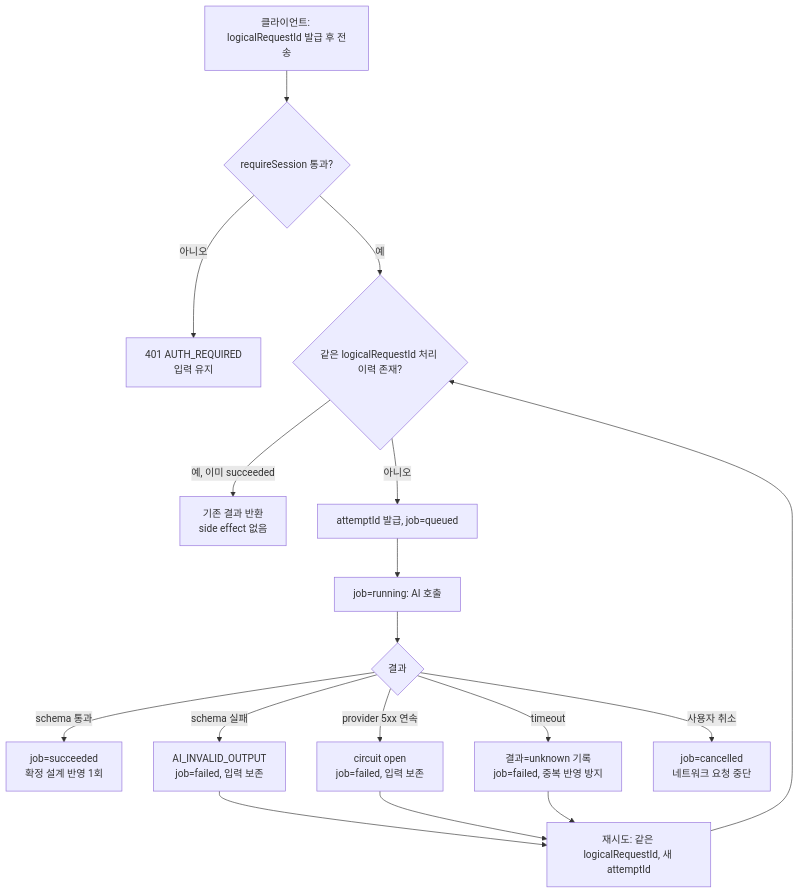
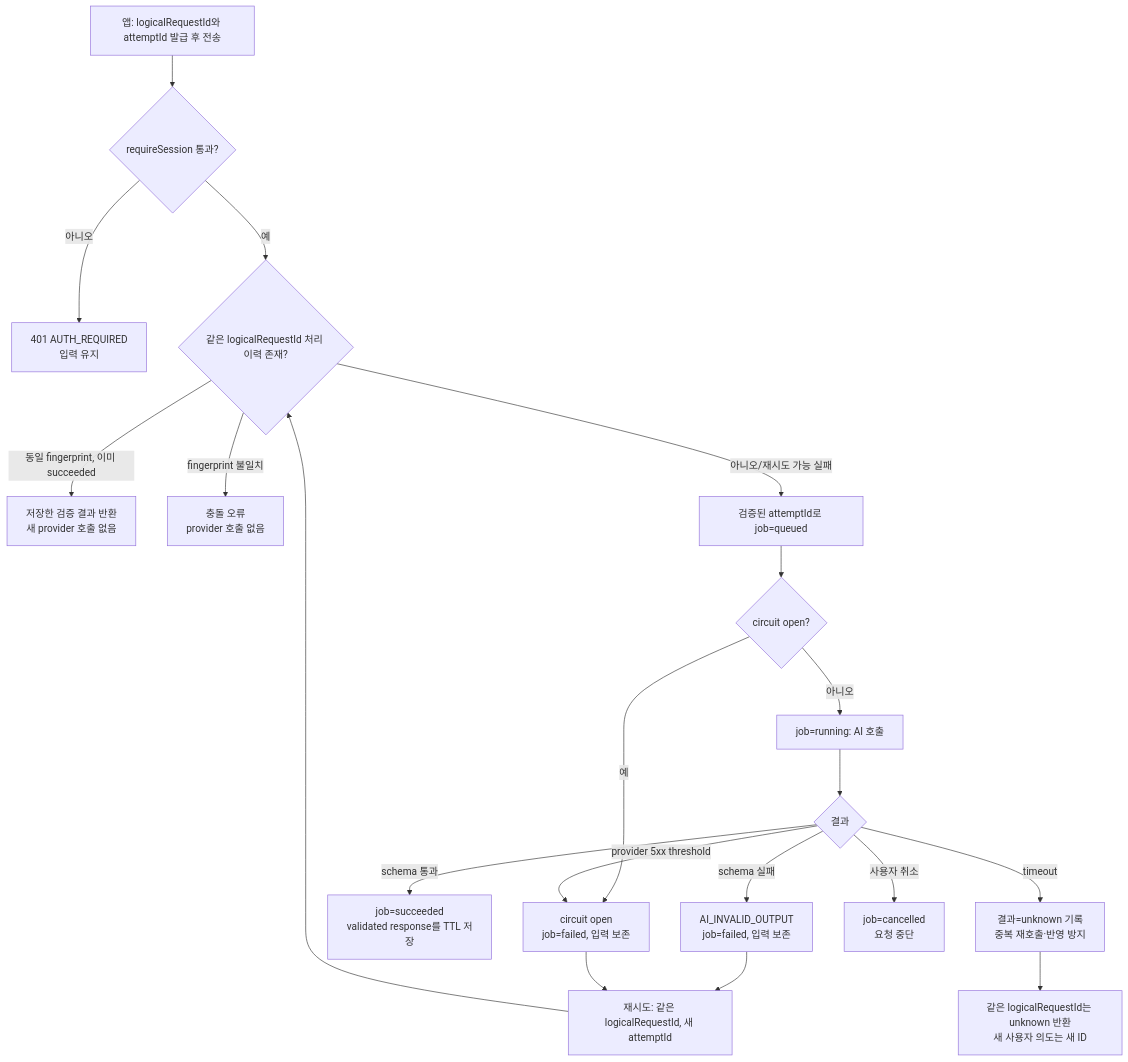
One commit to donghyunlee-dev/ai-agent-blueprint changed the diagram in docs/tasks/CON-PR-01/plan.md. Above: the diagram before and after it, drawn with Mermaid. The commit also changed other lines of this file and 17 other files, not shown here.

````diff
--- a/docs/tasks/CON-PR-01/plan.md
+++ b/docs/tasks/CON-PR-01/plan.md
@@ -68,19 +74,22 @@
 ```mermaid
 flowchart TD
-    A[클라이언트: logicalRequestId 발급 후 전송] --> B{requireSession 통과?}
+    A[앱: logicalRequestId와 attemptId 발급 후 전송] --> B{requireSession 통과?}
     B -- 아니오 --> Z1[401 AUTH_REQUIRED<br/>입력 유지]
     B -- 예 --> C{같은 logicalRequestId 처리 이력 존재?}
-    C -- 예, 이미 succeeded --> D[기존 결과 반환<br/>side effect 없음]
-    C -- 아니오 --> E[attemptId 발급, job=queued]
-    E --> F[job=running: AI 호출]
-    F --> G{결과}
-    G -- schema 통과 --> H[job=succeeded<br/>확정 설계 반영 1회]
-    G -- schema 실패 --> I[AI_INVALID_OUTPUT<br/>job=failed, 입력 보존]
-    G -- provider 5xx 연속 --> J[circuit open<br/>job=failed, 입력 보존]
-    G -- timeout --> K[결과=unknown 기록<br/>job=failed, 중복 반영 방지]
-    G -- 사용자 취소 --> L[job=cancelled<br/>네트워크 요청 중단]
+    C -- 동일 fingerprint, 이미 succeeded --> D[저장한 검증 결과 반환<br/>새 provider 호출 없음]
+    C -- fingerprint 불일치 --> Q[충돌 오류<br/>provider 호출 없음]
+    C -- 아니오/재시도 가능 실패 --> E[검증된 attemptId로 job=queued]
+    E --> F{circuit open?}
+    F -- 예 --> J
+    F -- 아니오 --> G[job=running: AI 호출]
+    G --> P{결과}
+    P -- schema 통과 --> H[job=succeeded<br/>validated response를 TTL 저장]
+    P -- schema 실패 --> I[AI_INVALID_OUTPUT<br/>job=failed, 입력 보존]
+    P -- provider 5xx threshold --> J[circuit open<br/>job=failed, 입력 보존]
+    P -- timeout --> K[결과=unknown 기록<br/>중복 재호출·반영 방지]
+    P -- 사용자 취소 --> L[job=cancelled<br/>요청 중단]
     I --> M[재시도: 같은 logicalRequestId, 새 attemptId]
     J --> M
-    K --> M
+    K --> N[같은 logicalRequestId는 unknown 반환<br/>새 사용자 의도는 새 ID]
     M --> C
 ```
````
